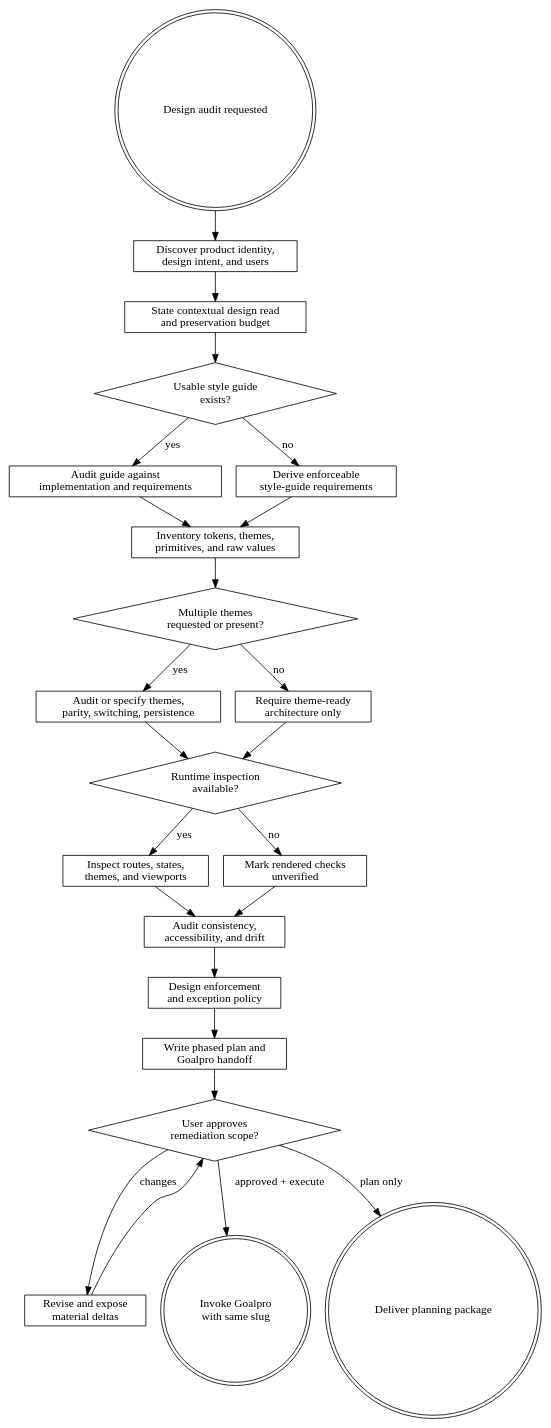
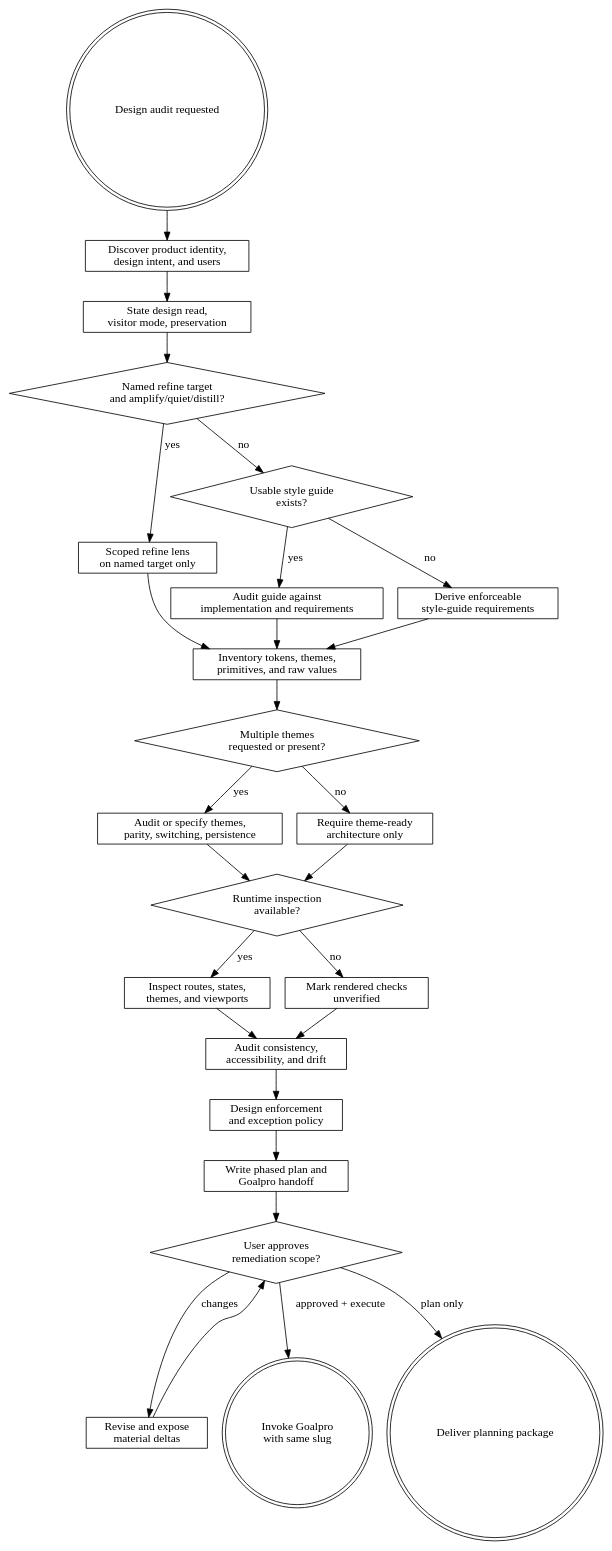
One commit to gremlin-labs/gremlin-skills changed the diagram in skills/experience/designpro/SKILL.md. Above: the diagram before and after it, drawn with Graphviz. The commit also changed other lines of this file and 15 other files, not shown here.

First line of the commit message:
feat: add visitor-mode craft and direction contracts to design skills

````diff
--- a/skills/experience/designpro/SKILL.md
+++ b/skills/experience/designpro/SKILL.md
@@ -16,48 +16,53 @@
 ```dot
 digraph designpro {
   start [shape=doublecircle, label="Design audit requested"];
   intent [shape=box, label="Discover product identity,\ndesign intent, and users"];
-  design_read [shape=box, label="State contextual design read\nand preservation budget"];
+  design_read [shape=box, label="State design read,\nvisitor mode, preservation"];
+  scoped [shape=diamond, label="Named refine target\nand amplify/quiet/distill?"];
+  refine [shape=box, label="Scoped refine lens\non named target only"];
   guide [shape=diamond, label="Usable style guide\nexists?"];
   audit_guide [shape=box, label="Audit guide against\nimplementation and requirements"];
   derive_guide [shape=box, label="Derive enforceable\nstyle-guide requirements"];
   tokens [shape=box, label="Inventory tokens, themes,\nprimitives, and raw values"];
   themes [shape=diamond, label="Multiple themes\nrequested or present?"];
   theme_spec [shape=box, label="Audit or specify themes,\nparity, switching, persistence"];
   theme_ready [shape=box, label="Require theme-ready\narchitecture only"];
   render [shape=diamond, label="Runtime inspection\navailable?"];
   runtime [shape=box, label="Inspect routes, states,\nthemes, and viewports"];
   static_only [shape=box, label="Mark rendered checks\nunverified"];
   consistency [shape=box, label="Audit consistency,\naccessibility, and drift"];
   enforcement [shape=box, label="Design enforcement\nand exception policy"];
   plan [shape=box, label="Write phased plan and\nGoalpro handoff"];
   review [shape=diamond, label="User approves\nremediation scope?"];
   revise [shape=box, label="Revise and expose\nmaterial deltas"];
   goalpro [shape=doublecircle, label="Invoke Goalpro\nwith same slug"];
   deliver [shape=doublecircle, label="Deliver planning package"];
 
   start -> intent;
   intent -> design_read;
-  design_read -> guide;
+  design_read -> scoped;
+  scoped -> refine [label="yes"];
+  refine -> tokens;
+  scoped -> guide [label="no"];
   guide -> audit_guide [label="yes"];
   guide -> derive_guide [label="no"];
   audit_guide -> tokens;
   derive_guide -> tokens;
   tokens -> themes;
   themes -> theme_spec [label="yes"];
   themes -> theme_ready [label="no"];
   theme_spec -> render;
   theme_ready -> render;
   render -> runtime [label="yes"];
   render -> static_only [label="no"];
   runtime -> consistency;
   static_only -> consistency;
   consistency -> enforcement;
   enforcement -> plan;
   plan -> review;
   review -> revise [label="changes"];
   revise -> review;
   review -> goalpro [label="approved + execute"];
   review -> deliver [label="plan only"];
 }
 ```
````
